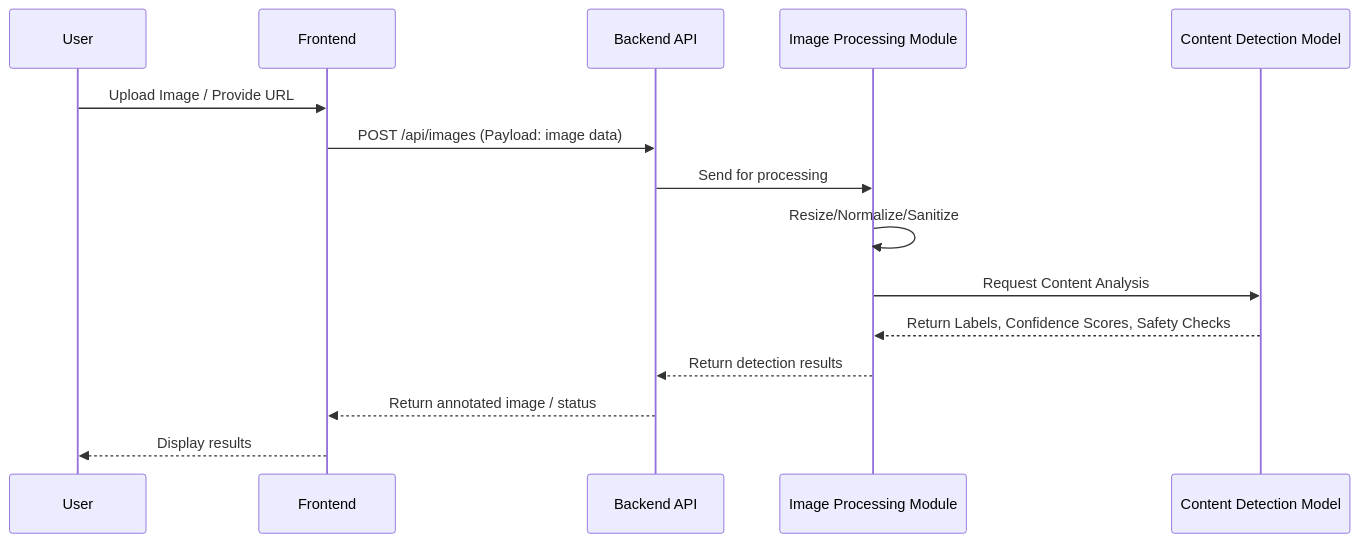
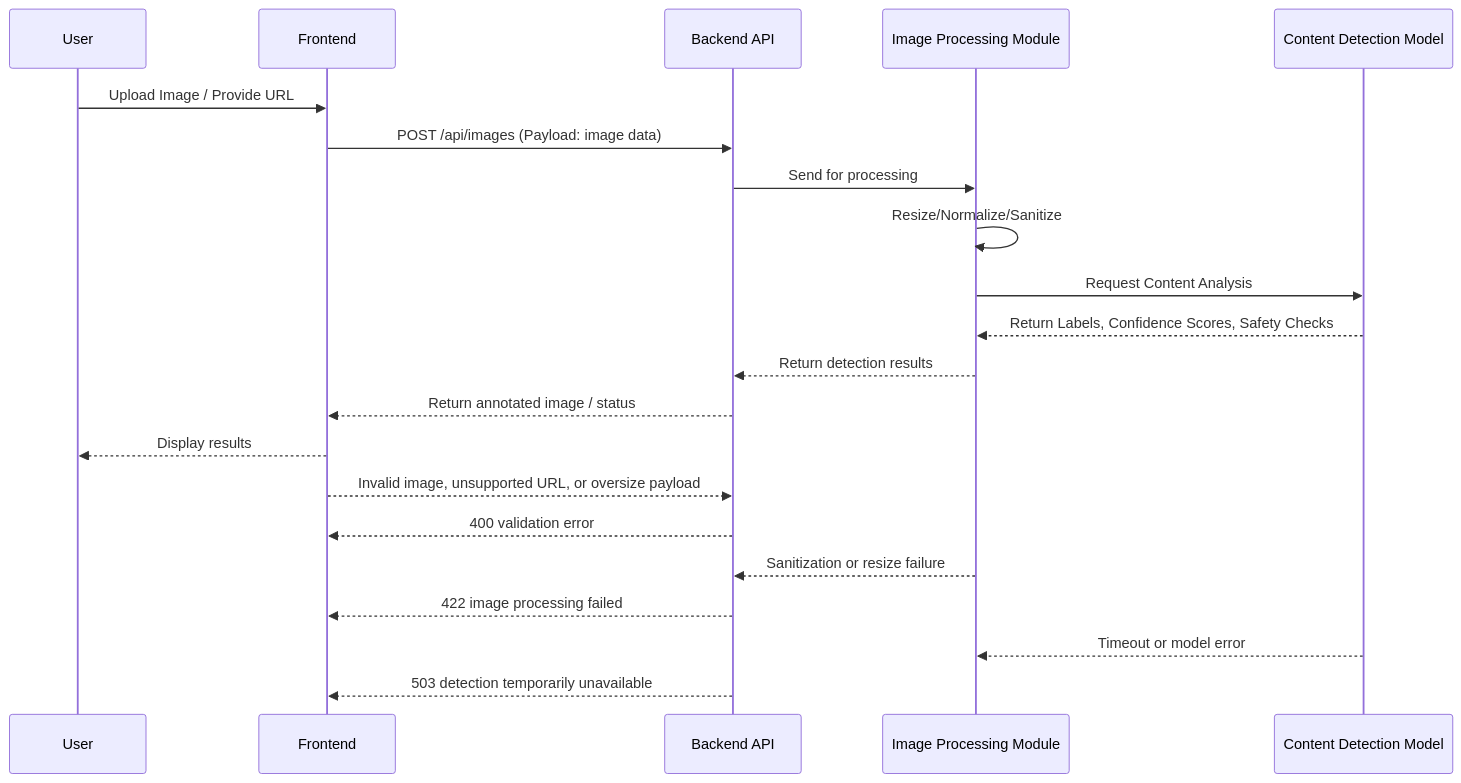
The diagram in docs/architecture/image-content-detection.md (Seongho-Bae/naruon), drawn with Mermaid before and after one commit. The commit also changed other lines of this file and 8 other files, not shown here.

````diff
--- a/docs/architecture/image-content-detection.md
+++ b/docs/architecture/image-content-detection.md
@@ -7,18 +7,25 @@
 ```mermaid
 sequenceDiagram
     participant User
     participant Frontend
     participant Backend API
     participant Image Processing Module
     participant Content Detection Model
 
     User->>Frontend: Upload Image / Provide URL
     Frontend->>Backend API: POST /api/images (Payload: image data)
     Backend API->>Image Processing Module: Send for processing
     Image Processing Module->>Image Processing Module: Resize/Normalize/Sanitize
     Image Processing Module->>Content Detection Model: Request Content Analysis
     Content Detection Model-->>Image Processing Module: Return Labels, Confidence Scores, Safety Checks
     Image Processing Module-->>Backend API: Return detection results
     Backend API-->>Frontend: Return annotated image / status
     Frontend-->>User: Display results
+
+    Frontend-->>Backend API: Invalid image, unsupported URL, or oversize payload
+    Backend API-->>Frontend: 400 validation error
+    Image Processing Module-->>Backend API: Sanitization or resize failure
+    Backend API-->>Frontend: 422 image processing failed
+    Content Detection Model-->>Image Processing Module: Timeout or model error
+    Backend API-->>Frontend: 503 detection temporarily unavailable
 ```
````
